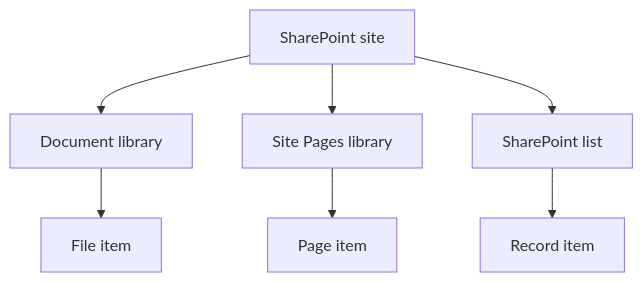
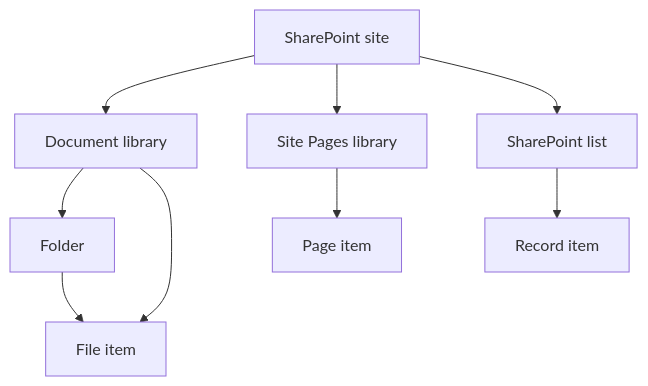
One commit to DwayneSelsig/M365wizard changed the first of 5 diagrams in docs/services/sharepoint/sharepoint-content-structure.md. Above: the diagram before and after it, drawn with Mermaid. The commit also changed other lines of this file and 9 other files, not shown here.

Commit message:
Add "Site, Library, Or Folder: Where Should You Organize Documents?" guide and update related documentation links

````diff
--- a/docs/services/sharepoint/sharepoint-content-structure.md
+++ b/docs/services/sharepoint/sharepoint-content-structure.md
@@ -18,9 +18,11 @@
 ```mermaid
 flowchart TD
     Site[SharePoint site] --> Library[Document library]
     Site --> Pages[Site Pages library]
     Site --> List[SharePoint list]
+    Library --> Folder[Folder]
     Library --> File[File item]
+    Folder --> File
     Pages --> Page[Page item]
     List --> Record[Record item]
 ```
````
